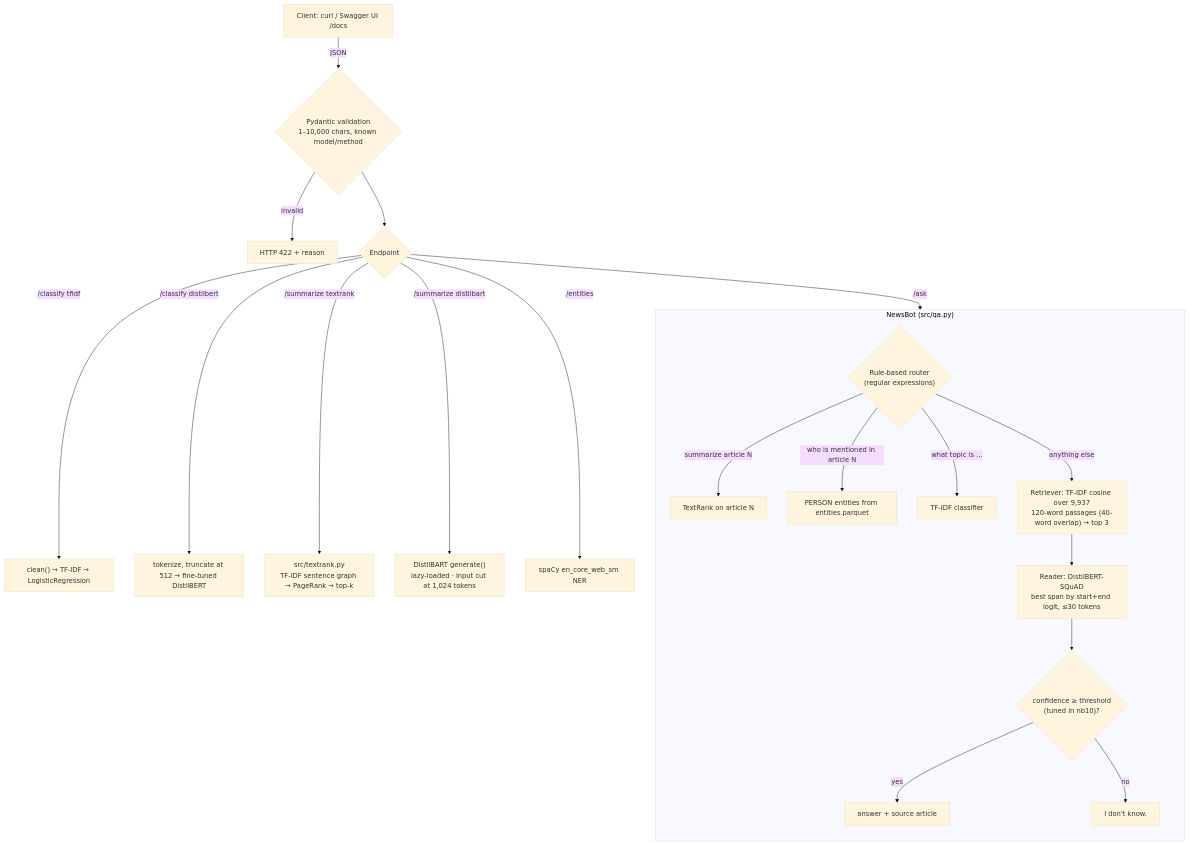
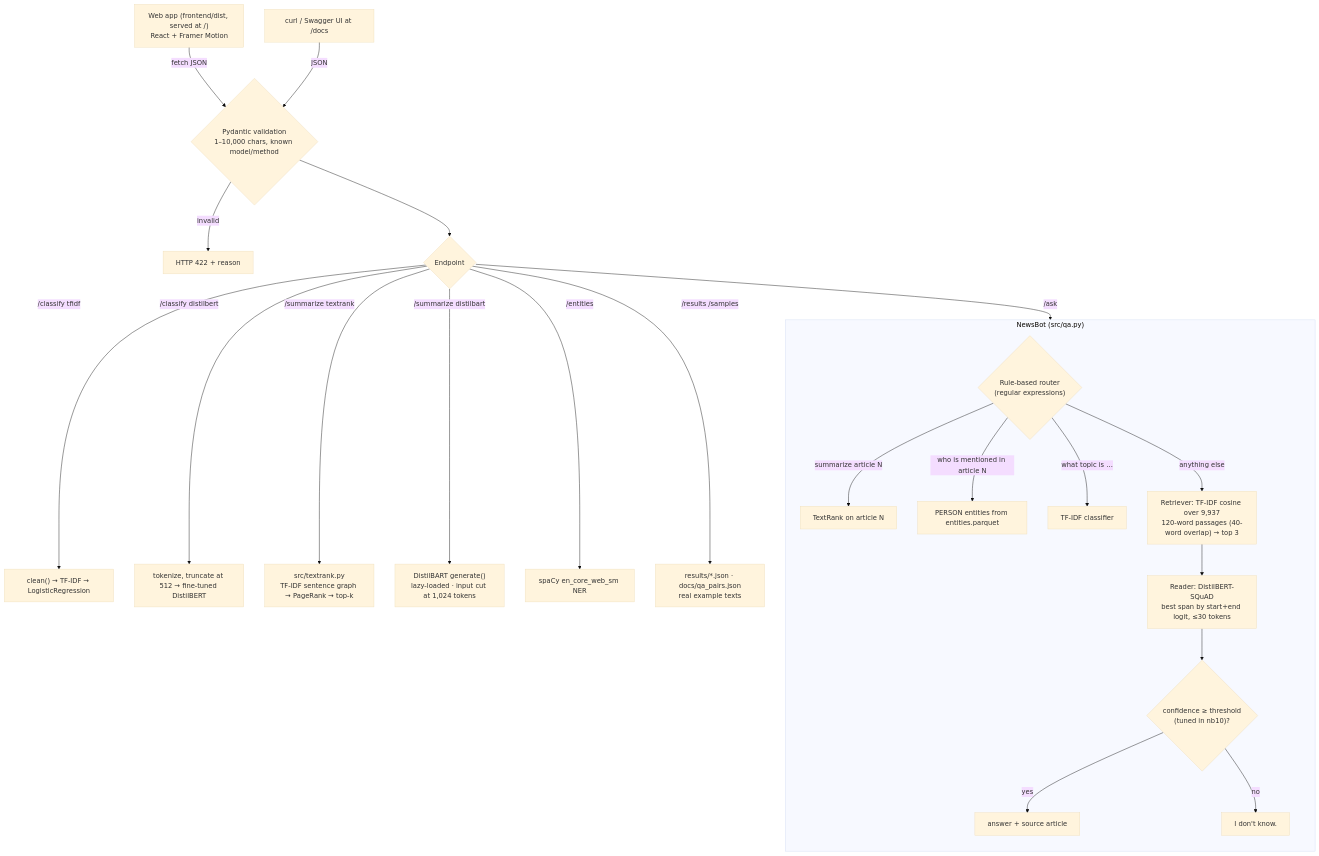
The second of 2 diagrams in docs/ARCHITECTURE.md (Mihir1107/nlp-news), drawn with Mermaid (base theme) before and after one commit. The commit also changed other lines of this file and 30 other files, not shown here.

First line of the commit message:
Web app: React + Framer Motion frontend served by FastAPI; TextRank scores and QA passage offsets in the API; /results and /samples; docs, demo script and viva updated

````diff
--- a/docs/ARCHITECTURE.md
+++ b/docs/ARCHITECTURE.md
@@ -32,26 +32,28 @@
 ```mermaid
 flowchart TB
-    C[Client: curl / Swagger UI /docs] -->|JSON| V{"Pydantic validation<br/>1–10,000 chars, known model/method"}
+    W["Web app (frontend/dist, served at /)<br/>React + Framer Motion"] -->|fetch JSON| V
+    C[curl / Swagger UI at /docs] -->|JSON| V{"Pydantic validation<br/>1–10,000 chars, known model/method"}
     V -->|invalid| E422[HTTP 422 + reason]
     V --> R{Endpoint}
 
     R -->|/classify tfidf| T["clean() → TF-IDF → LogisticRegression"]
     R -->|/classify distilbert| D["tokenize, truncate at 512 → fine-tuned DistilBERT"]
     R -->|/summarize textrank| TR["src/textrank.py<br/>TF-IDF sentence graph → PageRank → top-k"]
     R -->|/summarize distilbart| DB["DistilBART generate()<br/>lazy-loaded · input cut at 1,024 tokens"]
     R -->|/entities| S[spaCy en_core_web_sm NER]
+    R -->|/results /samples| J["results/*.json · docs/qa_pairs.json<br/>real example texts"]
     R -->|/ask| NBOT
 
     subgraph NBOT["NewsBot (src/qa.py)"]
         direction TB
         RT{"Rule-based router<br/>(regular expressions)"}
         RT -->|summarize article N| TR2[TextRank on article N]
         RT -->|who is mentioned in article N| EP[PERSON entities from entities.parquet]
         RT -->|what topic is …| CL[TF-IDF classifier]
         RT -->|anything else| RET["Retriever: TF-IDF cosine over 9,937<br/>120-word passages (40-word overlap) → top 3"]
         RET --> RD["Reader: DistilBERT-SQuAD<br/>best span by start+end logit, ≤30 tokens"]
         RD --> TH{"confidence ≥ threshold<br/>(tuned in nb10)?"}
         TH -->|yes| ANS[answer + source article]
         TH -->|no| IDK["I don't know."]
     end
 ```
````
